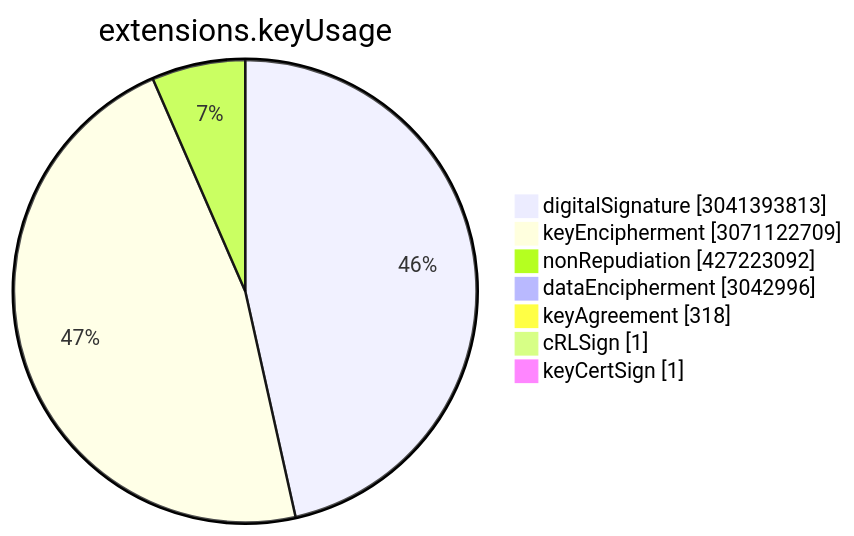
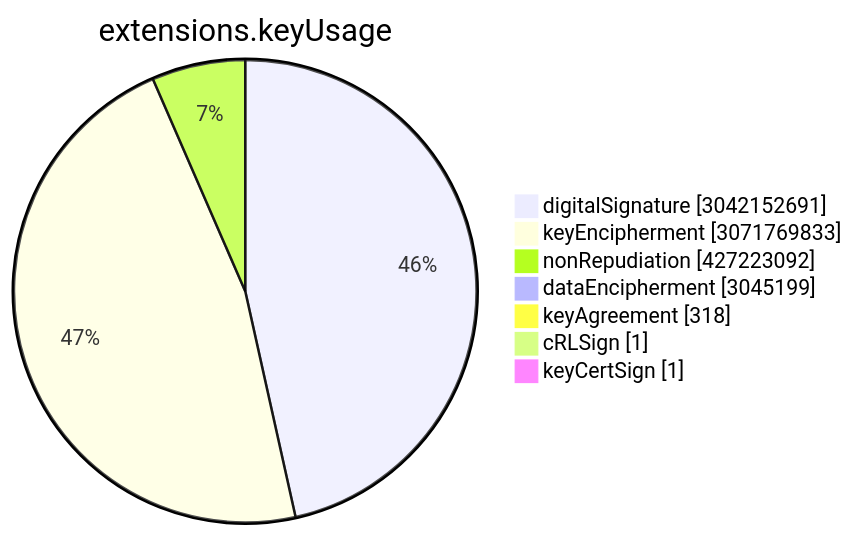
One commit to christiankrug/ctmonitor_visualization changed the sixth of 15 diagrams in TOTAL/README.md. Above: the diagram before and after it, drawn with Mermaid. The commit also changed other lines of this file, not shown here.

````diff
--- a/TOTAL/README.md
+++ b/TOTAL/README.md
@@ -3075,11 +3075,11 @@
 ```mermaid
 pie showData
 title extensions.keyUsage
-"digitalSignature" :3041393813
-"keyEncipherment" :3071122709
+"digitalSignature" :3042152691
+"keyEncipherment" :3071769833
 "nonRepudiation" :427223092
-"dataEncipherment" :3042996
+"dataEncipherment" :3045199
 "keyAgreement" :318
 "cRLSign" :1
 "keyCertSign" :1
 ```
````
